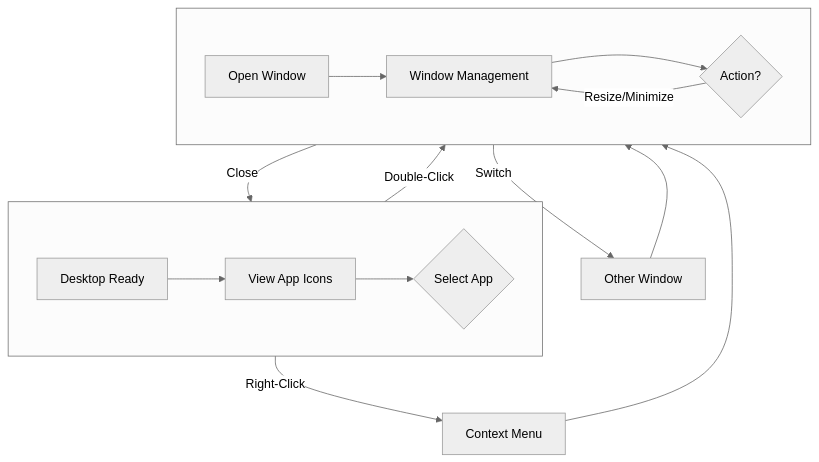
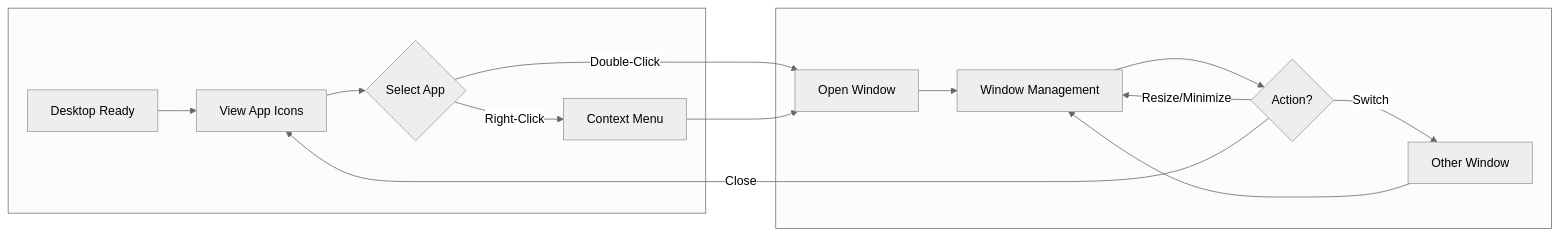
The second of 10 diagrams in docs/SEN3781_Assignment4_Information_Architecture_Report.md (RoundRobinHood/cogniflight-cloud), drawn with Mermaid (neutral theme) before and after one commit. The commit also changed other lines of this file, not shown here.

Commit message:
improved diagram readability

````diff
--- a/docs/SEN3781_Assignment4_Information_Architecture_Report.md
+++ b/docs/SEN3781_Assignment4_Information_Architecture_Report.md
@@ -173,18 +168,16 @@
 ```mermaid
-flowchart TB
+flowchart LR
     subgraph row1[" "]
-        direction LR
         A[Desktop Ready] --> B[View App Icons] --> C{Select App}
+        C -->|Right-Click| E[Context Menu]
     end
     subgraph row2[" "]
-        direction LR
         D[Open Window] --> F[Window Management] --> G{Action?}
+        G -->|Switch| I[Other Window]
     end
     C -->|Double-Click| D
-    C -->|Right-Click| E[Context Menu]
     E --> D
     G -->|Resize/Minimize| F
-    G -->|Switch| I[Other Window]
     G -->|Close| B
     I --> F
 ```
````
